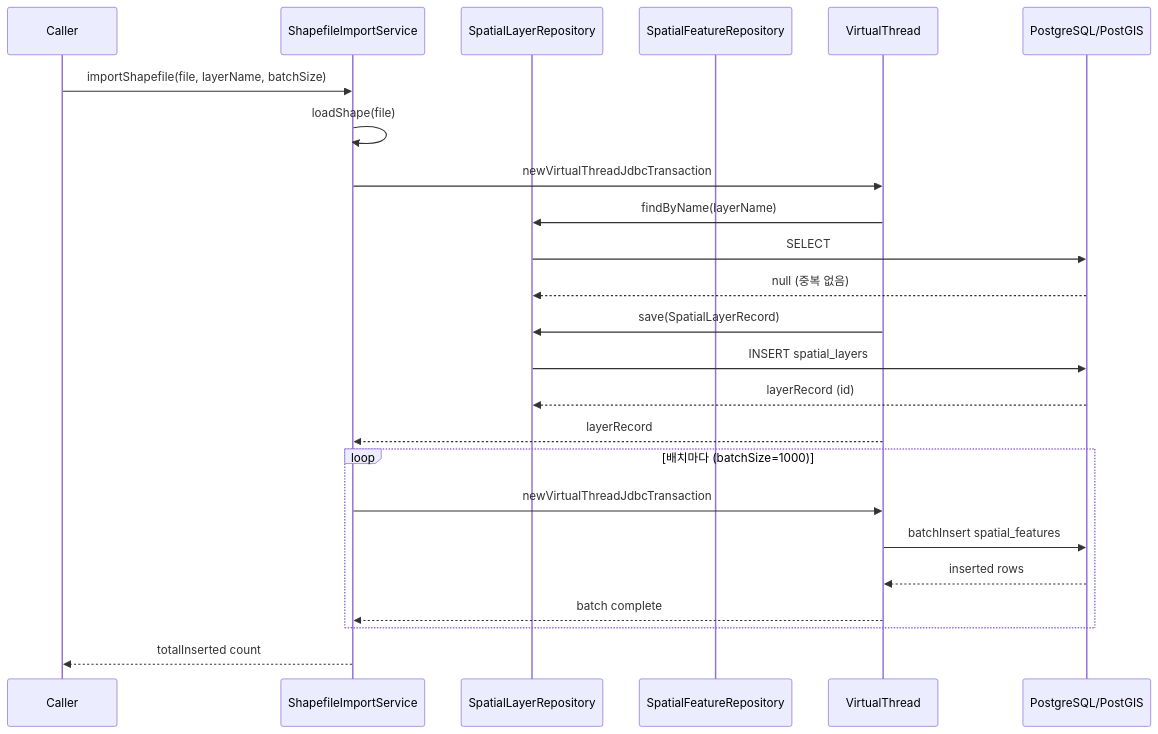
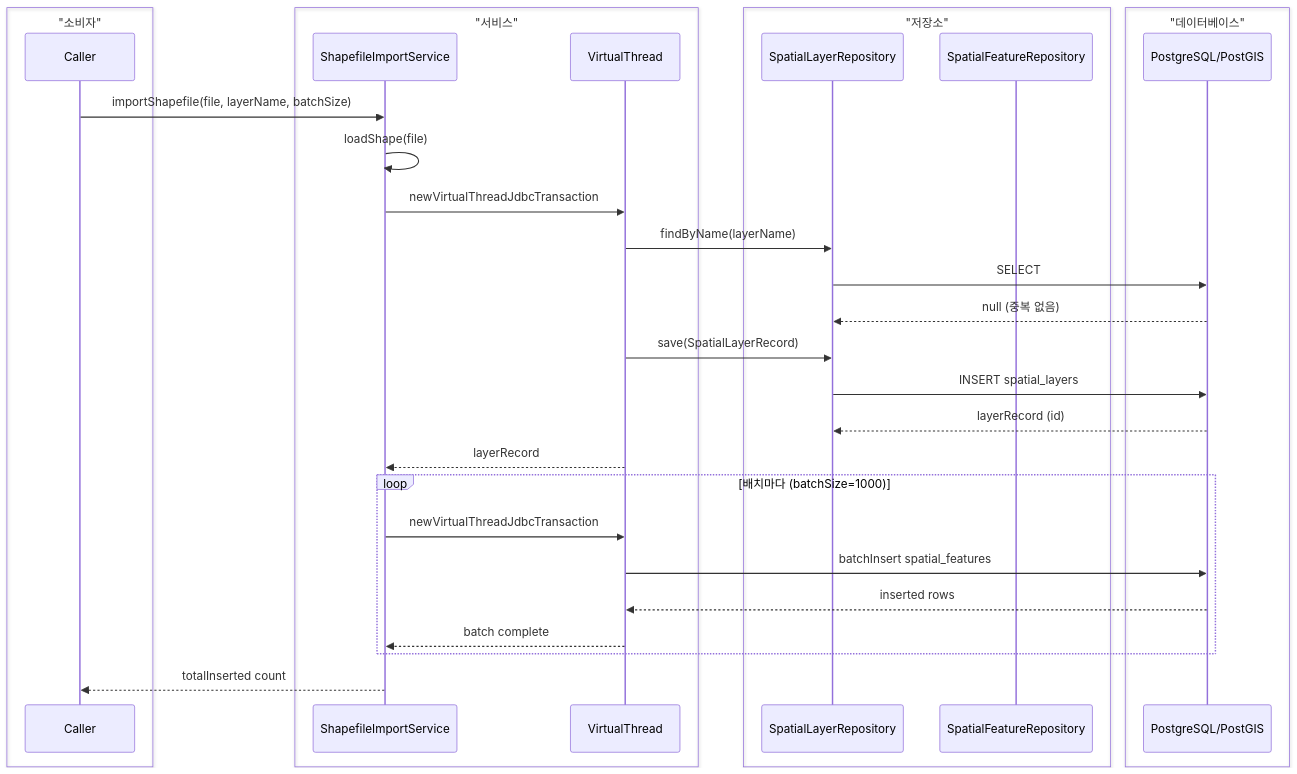
One commit to bluetape4k/bluetape4k-projects changed the second of 4 diagrams in utils/science/README.ko.md. Above: the diagram before and after it, drawn with Mermaid. The commit also changed other lines of this file and 221 other files, not shown here.

First line of the commit message:
docs: 전체 모듈 README UML 다이어그램 보강 및 색상 업그레이드

````diff
--- a/utils/science/README.ko.md
+++ b/utils/science/README.ko.md
@@ -197,30 +207,38 @@
 ```mermaid
 sequenceDiagram
+    box "소비자" #E8F5E9
     participant Caller
+    end
+    box "서비스" #E3F2FD
     participant SIS as ShapefileImportService
+    participant VT as VirtualThread
+    end
+    box "저장소" #FFF3E0
     participant LR as SpatialLayerRepository
     participant FR as SpatialFeatureRepository
-    participant VT as VirtualThread
+    end
+    box "데이터베이스" #F3E5F5
     participant DB as PostgreSQL/PostGIS
+    end
 
     Caller->>SIS: importShapefile(file, layerName, batchSize)
     SIS->>SIS: loadShape(file)
 
     SIS->>VT: newVirtualThreadJdbcTransaction
     VT->>LR: findByName(layerName)
     LR->>DB: SELECT
     DB-->>LR: null (중복 없음)
     VT->>LR: save(SpatialLayerRecord)
     LR->>DB: INSERT spatial_layers
     DB-->>LR: layerRecord (id)
     VT-->>SIS: layerRecord
 
     loop 배치마다 (batchSize=1000)
         SIS->>VT: newVirtualThreadJdbcTransaction
         VT->>DB: batchInsert spatial_features
         DB-->>VT: inserted rows
         VT-->>SIS: batch complete
     end
 
     SIS-->>Caller: totalInserted count
 ```
````
